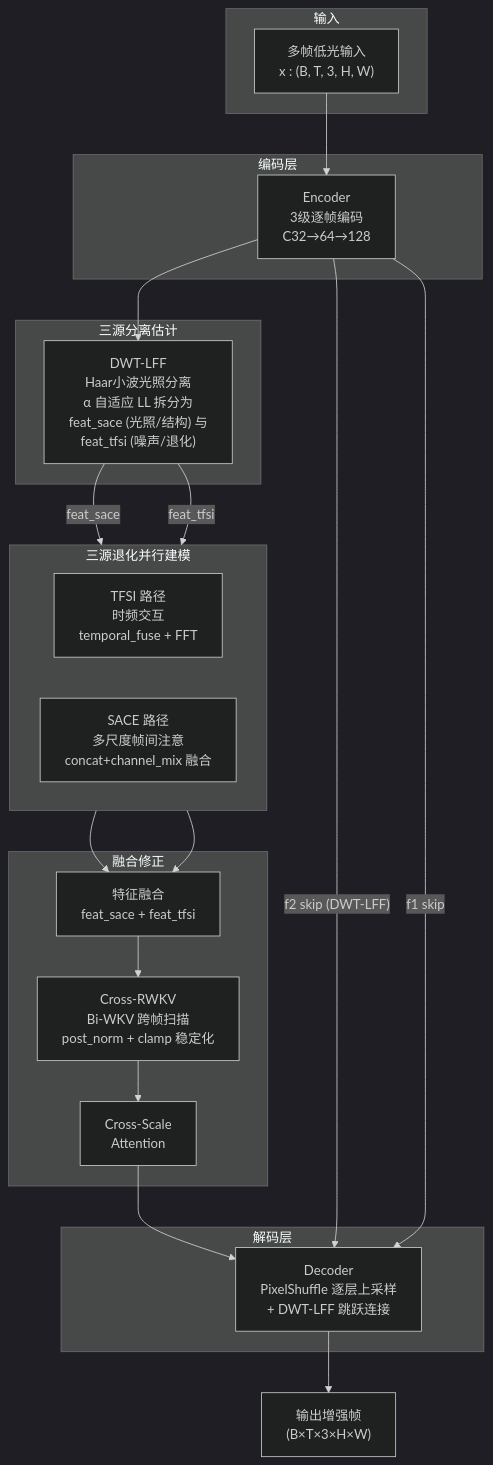
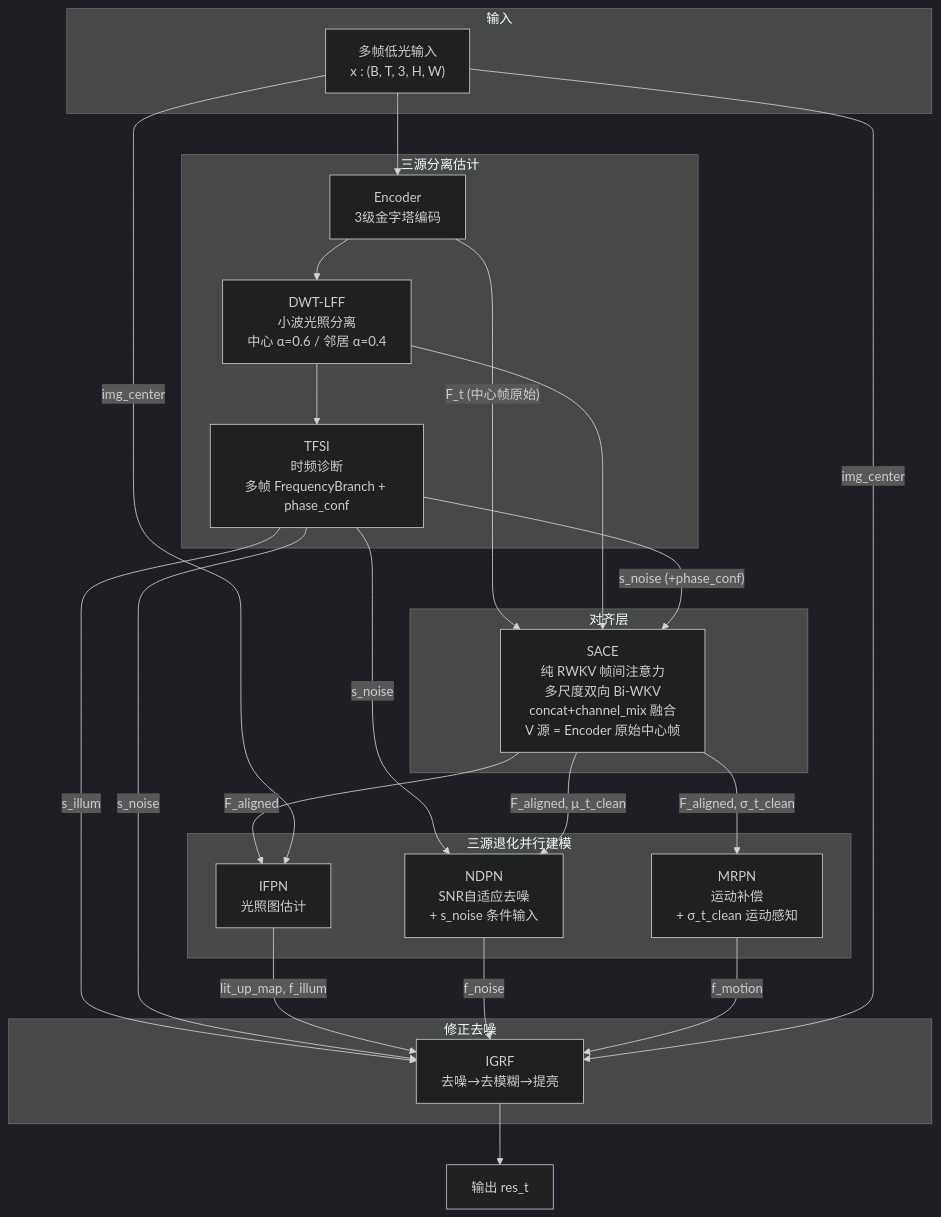
The first of 2 diagrams in docs/v6/RWKV-Charlie-model/v6-charlie-diagrams.md (chendeming2002/TFS-Net), drawn with Mermaid (dark theme) before and after one commit. The commit also changed other lines of this file, not shown here.

Commit message:
v6-in_test-pureRWKV-Charlie-1picnew

````diff
--- a/docs/v6/RWKV-Charlie-model/v6-charlie-diagrams.md
+++ b/docs/v6/RWKV-Charlie-model/v6-charlie-diagrams.md
@@ -5,45 +5,50 @@
 ```mermaid
 flowchart TD
     subgraph 输入
         IN["多帧低光输入<br/>x : (B, T, 3, H, W)"]
     end
 
-    subgraph 编码层
-        ENC["Encoder<br/>3级逐帧编码<br/>C32→64→128"]
+    subgraph 诊断层["三源分离估计"]
+        ENC["Encoder<br/>3级金字塔编码"]
+        DWT["DWT-LFF<br/>小波光照分离<br/>中心 α=0.6 / 邻居 α=0.4"]
+        TFSI["TFSI<br/>时频诊断<br/>多帧 FrequencyBranch + phase_conf"]
     end
 
-    subgraph 三源分离估计
-        DWT["DWT-LFF<br/>Haar小波光照分离<br/>α 自适应 LL 拆分为<br/>feat_sace (光照/结构) 与<br/>feat_tfsi (噪声/退化)"]
+    subgraph 对齐层
+        SACE["SACE<br/>纯 RWKV 帧间注意力<br/>多尺度双向 Bi-WKV<br/>concat+channel_mix 融合<br/>V 源 = Encoder 原始中心帧"]
     end
 
-    subgraph 三源退化并行建模
-        direction LR
-        TFSI["TFSI 路径<br/>时频交互<br/>temporal_fuse + FFT"]
-        SACE["SACE 路径<br/>多尺度帧间注意<br/>concat+channel_mix 融合"]
+    subgraph 处理层["三源退化并行建模"]
+        IFPN["IFPN<br/>光照图估计"]
+        NDPN["NDPN<br/>SNR自适应去噪<br/>+ s_noise 条件输入"]
+        MRPN["MRPN<br/>运动补偿<br/>+ σ_t_clean 运动感知"]
     end
 
-    subgraph 融合修正
-        FUSE["特征融合<br/>feat_sace + feat_tfsi"]
-        CRWKV["Cross-RWKV<br/>Bi-WKV 跨帧扫描<br/>post_norm + clamp 稳定化"]
-        CSA["Cross-Scale<br/>Attention"]
+    subgraph 执行层["修正去噪"]
+        IGRF["IGRF<br/>去噪→去模糊→提亮"]
     end
 
-    subgraph 解码层
-        DEC["Decoder<br/>PixelShuffle 逐层上采样<br/>+ DWT-LFF 跳跃连接"]
-    end
-
-    OUT["输出增强帧<br/>(B×T×3×H×W)"]
+    OUT["输出 res_t"]
 
     IN --> ENC
     ENC --> DWT
-    DWT -- "feat_sace" --> SACE
-    DWT -- "feat_tfsi" --> TFSI
-    TFSI --> FUSE
-    SACE --> FUSE
-    FUSE --> CRWKV
-    CRWKV --> CSA
-    CSA --> DEC
-    DEC --> OUT
-    ENC -- "f2 skip (DWT-LFF)" --> DEC
-    ENC -- "f1 skip" --> DEC
+    ENC -- "F_t (中心帧原始)" --> SACE
+    DWT --> TFSI
+    DWT --> SACE
+    TFSI -- "s_illum" --> IGRF
+    TFSI -- "s_noise (+phase_conf)" --> SACE
+    TFSI -- "s_noise" --> NDPN
+    TFSI -- "s_noise" --> IGRF
+
+    SACE -- "F_aligned" --> IFPN
+    SACE -- "F_aligned, σ_t_clean" --> MRPN
+    SACE -- "F_aligned, μ_t_clean" --> NDPN
+
+    IFPN -- "lit_up_map, f_illum" --> IGRF
+    NDPN -- "f_noise" --> IGRF
+    MRPN -- "f_motion" --> IGRF
+
+    IGRF --> OUT
+    IN -- "img_center" --> IGRF
+    IN -- "img_center" --> IFPN
 ```
````
